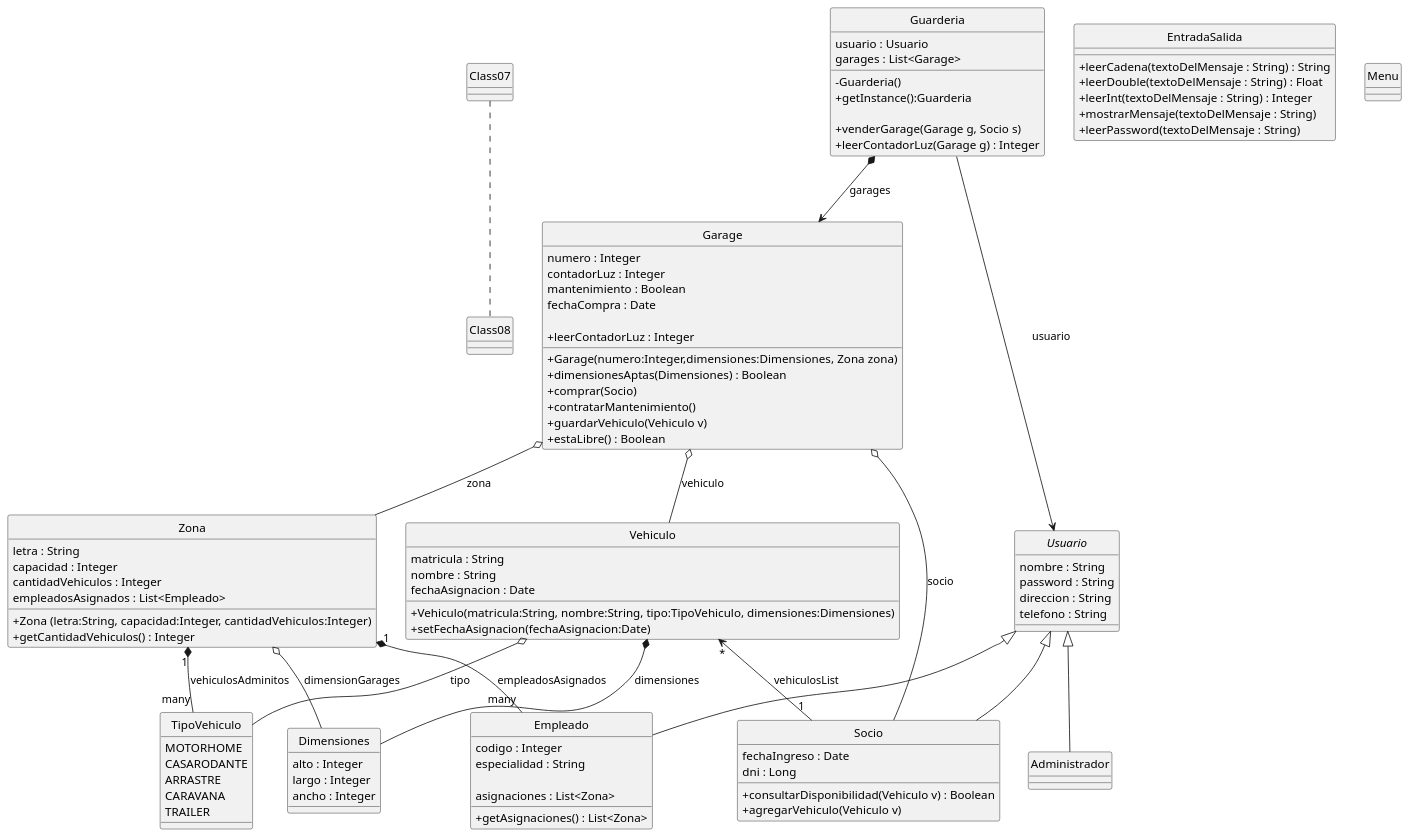
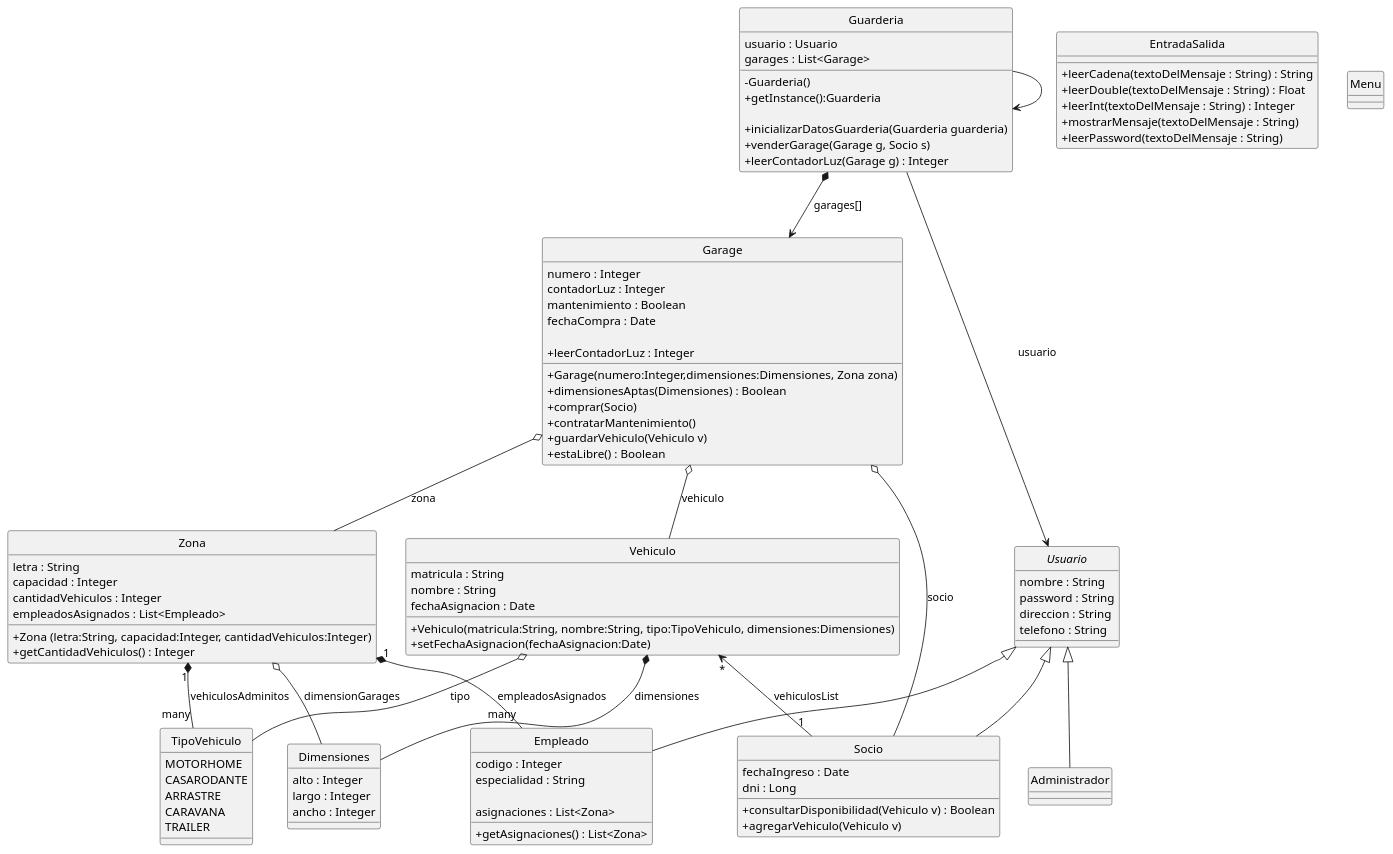
The diagram in resources/plantuml.puml (LeandroFulvio/inspt-p2-guarderia-central), drawn with PlantUML before and after one commit. The commit also changed 15 other files, not shown here.

```diff
--- a/resources/plantuml.puml
+++ b/resources/plantuml.puml
@@ -1,152 +1,155 @@
 @startuml
 hide circle
 skinparam classAttributeIconSize 0
 skinparam backgroundColor transparent
 skinparam monochrome true
 skinparam shadowing false
 
-Class07 .. Class08
+/'Class07 .. Class08'/
+
 
 enum      TipoVehiculo {
   MOTORHOME
   CASARODANTE
   ARRASTRE
   CARAVANA
   TRAILER
 }
 
 class     Dimensiones {
   alto : Integer
   largo : Integer
   ancho : Integer
 }
 /'
 **** Vehiculo Composicion con Dimensiones ****
 **** Vehiculo Agregacion con TipoVehiculo ****
 '/
 Vehiculo o-- TipoVehiculo : tipo
 Vehiculo *-- Dimensiones : dimensiones
 
 class Vehiculo {
   matricula : String
   nombre : String
   fechaAsignacion : Date
 
     + Vehiculo(matricula:String, nombre:String, tipo:TipoVehiculo, dimensiones:Dimensiones)
     + setFechaAsignacion(fechaAsignacion:Date)
 
 }
 
 Vehiculo "*" <-- "1" Socio : vehiculosList
 
 class     Garage {
   numero : Integer
   contadorLuz : Integer
   mantenimiento : Boolean
   fechaCompra : Date
 
     + Garage(numero:Integer,dimensiones:Dimensiones, Zona zona)
     + dimensionesAptas(Dimensiones) : Boolean
     + comprar(Socio)
     + leerContadorLuz : Integer
     + contratarMantenimiento()
     + guardarVehiculo(Vehiculo v)
     + estaLibre() : Boolean
 
 }
 /'
 **** Garage Composicion con Vehiculo ****
 **** Garage Agregacion con Zona ****
 '/
 Garage o-- Vehiculo : vehiculo
 Garage o-- Zona : zona
 Garage o-- Socio : socio
 /'
 **** Garage Agregacion con Socio **** ?? No se si es ideal...
 '/
 
 class     Guarderia {
   usuario : Usuario
   garages : List<Garage>
 
     -Guarderia()
     +getInstance():Guarderia
 
+    + inicializarDatosGuarderia(Guarderia guarderia)
     + venderGarage(Garage g, Socio s)
     + leerContadorLuz(Garage g) : Integer
 
 }
 
-Guarderia *--> Garage : garages
+Guarderia --> Guarderia
+Guarderia *--> Garage : garages[]
 Guarderia --> Usuario : usuario
 
 class     Zona {
   letra : String
   capacidad : Integer
   cantidadVehiculos : Integer
   empleadosAsignados : List<Empleado>
 
   + Zona (letra:String, capacidad:Integer, cantidadVehiculos:Integer)
     + getCantidadVehiculos() : Integer
 
 
 }
 
 Zona o-- Dimensiones : dimensionGarages
 Zona "1" *-- "many" TipoVehiculo : vehiculosAdminitos
 Zona "1" *-- "many" Empleado : empleadosAsignados
 
 
 abstract class Usuario {
   nombre : String
   password : String
   direccion : String
   telefono : String
 }
 
 class     Socio {
   fechaIngreso : Date
   dni : Long
 
     + consultarDisponibilidad(Vehiculo v) : Boolean
     + agregarVehiculo(Vehiculo v)
 
 }
 
 class     Empleado {
   codigo : Integer
   especialidad : String
 
   asignaciones : List<Zona>
 
     + getAsignaciones() : List<Zona>
 
 
 
 }
 
 class     Administrador {
 
 
 }
 
 Usuario <|-- Administrador
 Usuario <|-- Empleado
 Usuario <|-- Socio
 
 
 Class EntradaSalida {
   +leerCadena(textoDelMensaje : String) : String
   +leerDouble(textoDelMensaje : String) : Float
   +leerInt(textoDelMensaje : String) : Integer
   +mostrarMensaje(textoDelMensaje : String)
   +leerPassword(textoDelMensaje : String)
 }
 
 Class Menu {
 
 
 }
 
 
 @enduml
```
